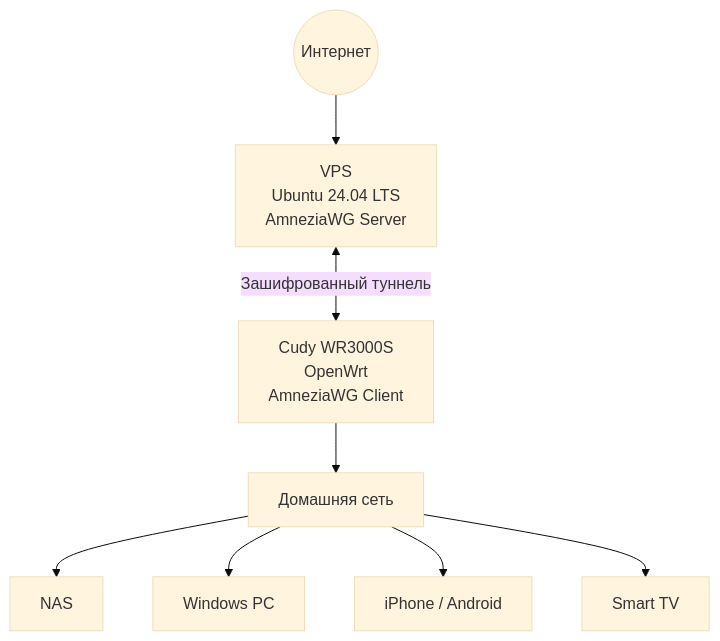
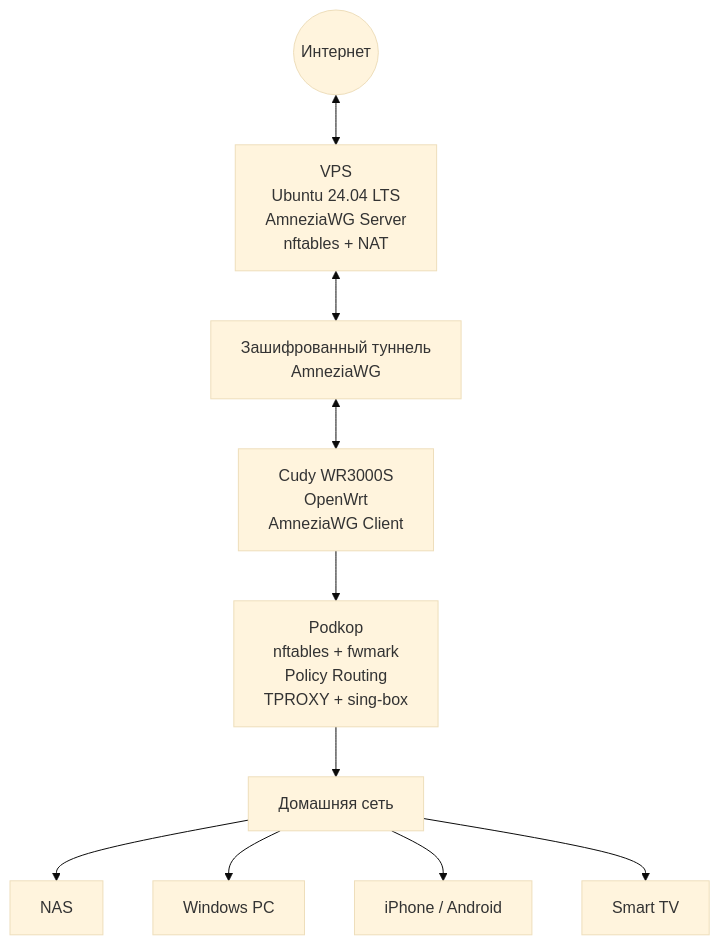
One commit to mannaro/amneziawg-selfhost changed the diagram in README.md. Above: the diagram before and after it, drawn with Mermaid (base theme). The commit also changed other lines of this file, not shown here.

````diff
--- a/README.md
+++ b/README.md
@@ -33,30 +47,30 @@
 ```mermaid
 flowchart TB
-
     Internet((Интернет))
 
-    VPS["VPS<br/>Ubuntu 24.04 LTS<br/>AmneziaWG Server"]
+    VPS["VPS<br/>Ubuntu 24.04 LTS<br/>AmneziaWG Server<br/>nftables + NAT"]
+
+    Tunnel["Зашифрованный туннель<br/>AmneziaWG"]
 
     Router["Cudy WR3000S<br/>OpenWrt<br/>AmneziaWG Client"]
+
+    Routing["Podkop<br/>nftables + fwmark<br/>Policy Routing<br/>TPROXY + sing-box"]
 
     LAN["Домашняя сеть"]
 
     NAS["NAS"]
-
     PC["Windows PC"]
-
-    Mobile["iPhone / Android"]
-
+    Phone["iPhone / Android"]
     TV["Smart TV"]
 
-    Internet --> VPS
-
-    VPS <-->|Зашифрованный туннель| Router
-
-    Router --> LAN
+    Internet <--> VPS
+    VPS <--> Tunnel
+    Tunnel <--> Router
+    Router --> Routing
+    Routing --> LAN
 
     LAN --> NAS
     LAN --> PC
-    LAN --> Mobile
+    LAN --> Phone
     LAN --> TV
 ```
````
